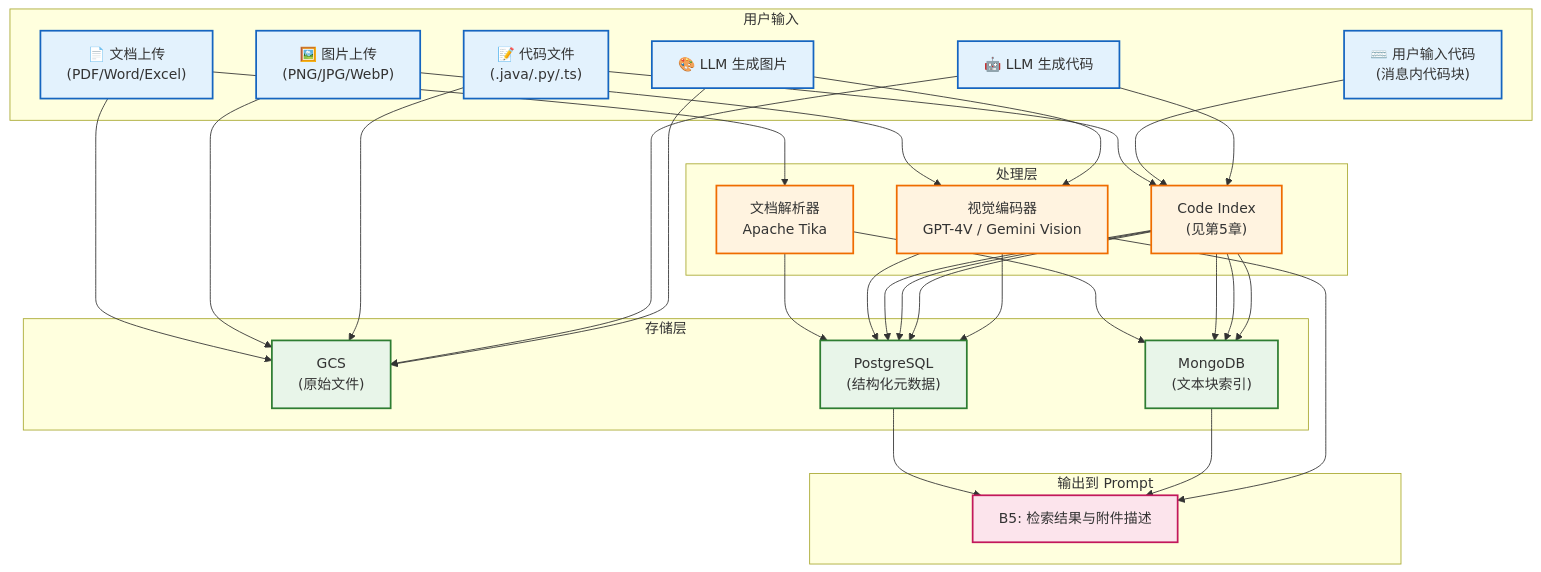
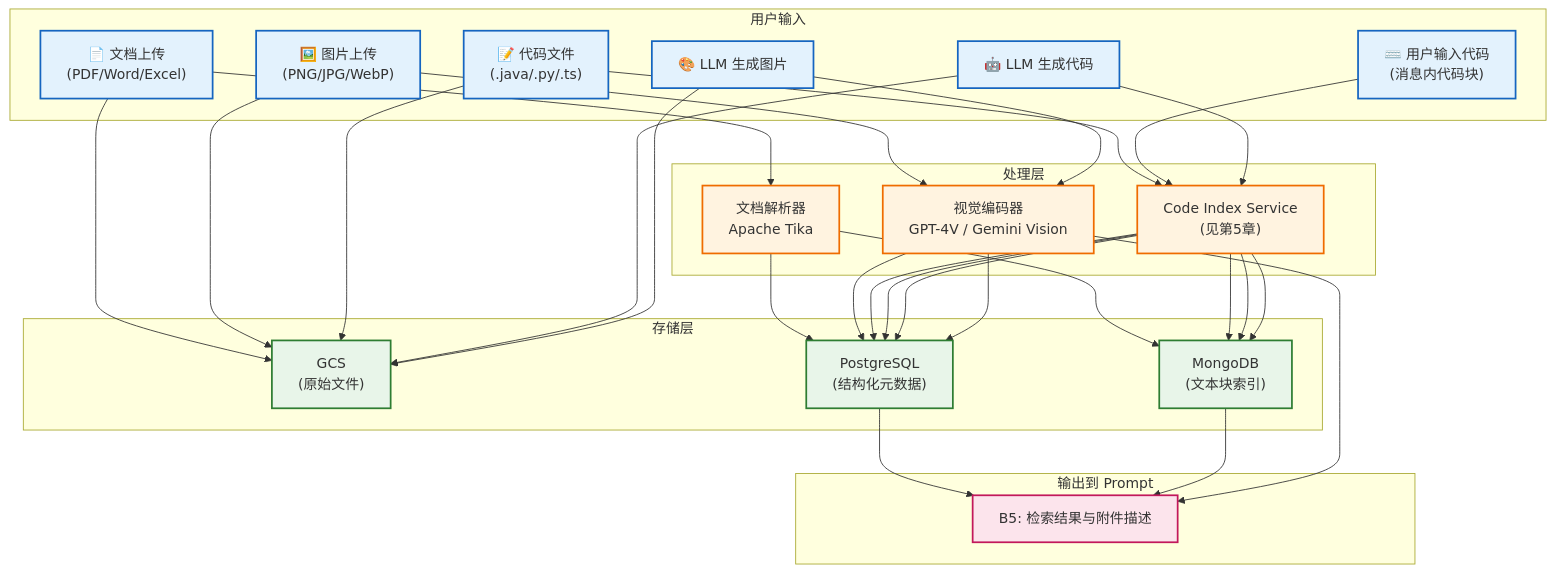
One commit to D15190304050/generic-agent changed diagram 11 of 38 in discussions/ContextManagerV6.md. Above: the diagram before and after it, drawn with Mermaid. The commit also changed other lines of this file, not shown here.

Commit message:
Revise Context Service documentation

````diff
--- a/discussions/ContextManagerV6.md
+++ b/discussions/ContextManagerV6.md
@@ -1045,50 +1057,50 @@
 ```mermaid
 graph TB
     classDef upload fill:#e3f2fd,stroke:#1565c0,stroke-width:2px;
     classDef process fill:#fff3e0,stroke:#ef6c00,stroke-width:2px;
     classDef store fill:#e8f5e9,stroke:#2e7d32,stroke-width:2px;
     classDef output fill:#fce4ec,stroke:#c2185b,stroke-width:2px;
 
     subgraph Input ["用户输入"]
         DocUpload["📄 文档上传<br/>(PDF/Word/Excel)"]
         ImgUpload["🖼️ 图片上传<br/>(PNG/JPG/WebP)"]
         CodeUpload["📝 代码文件<br/>(.java/.py/.ts)"]
         InlineCode["⌨️ 用户输入代码<br/>(消息内代码块)"]
         LLMCode["🤖 LLM 生成代码"]
         LLMImage["🎨 LLM 生成图片"]
     end
 
     subgraph Processing ["处理层"]
         DocParser["文档解析器<br/>Apache Tika"]
         VisionEncoder["视觉编码器<br/>GPT-4V / Gemini Vision"]
-        CodeIndex["Code Index<br/>(见第5章)"]
+        CodeIndex["Code Index Service<br/>(见第5章)"]
     end
 
     subgraph Storage ["存储层"]
         GCS["GCS<br/>(原始文件)"]
         PG["PostgreSQL<br/>(结构化元数据)"]
         Mongo["MongoDB<br/>(文本块索引)"]
     end
 
     subgraph Output ["输出到 Prompt"]
         B5["B5: 检索结果与附件描述"]
     end
 
     DocUpload --> DocParser --> PG & Mongo
     ImgUpload --> VisionEncoder --> PG
     CodeUpload --> CodeIndex --> PG & Mongo
     InlineCode --> CodeIndex --> PG & Mongo
     LLMCode --> CodeIndex --> PG & Mongo
     LLMImage --> VisionEncoder --> PG
 
     DocUpload & ImgUpload & CodeUpload & LLMCode & LLMImage --> GCS
 
     PG --> B5
     Mongo --> B5
     VisionEncoder --> B5
 
     class DocUpload,ImgUpload,CodeUpload,InlineCode,LLMCode,LLMImage upload;
     class DocParser,VisionEncoder,CodeIndex process;
     class GCS,PG,Mongo store;
     class B5 output;
 ```
````
